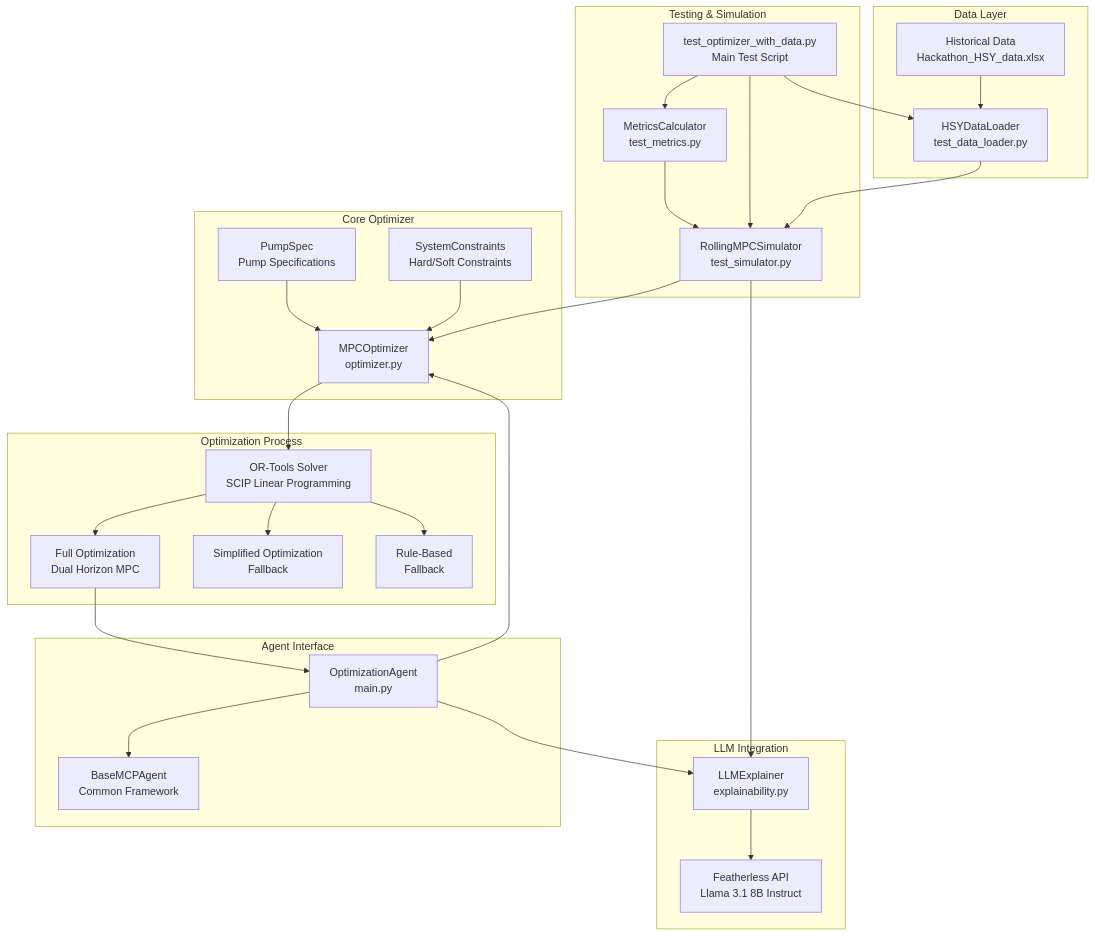
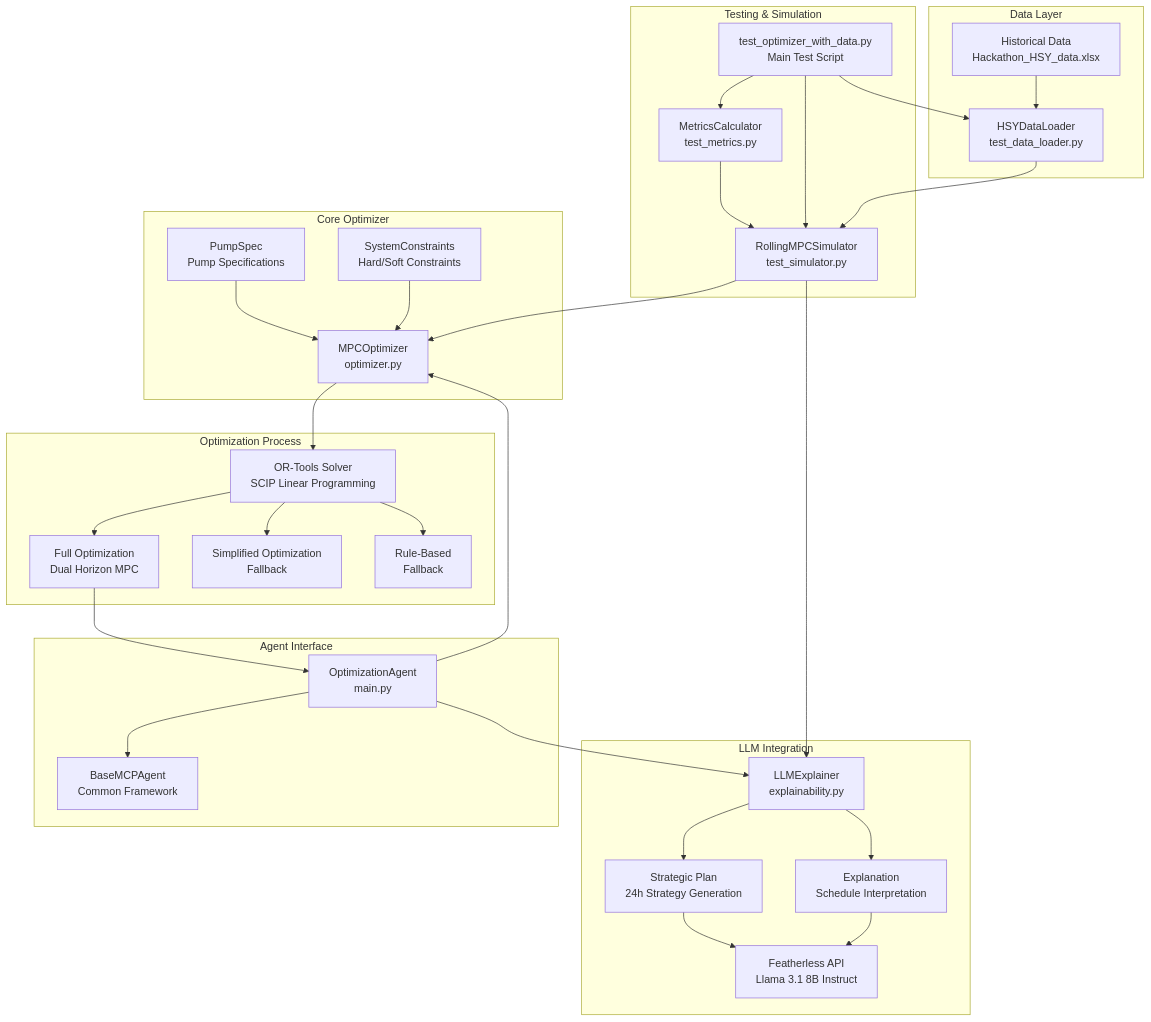
One commit to alexha11/Junction-2025 changed the first of 9 diagrams in agents/optimizer_agent/ARCHITECTURE.md. Above: the diagram before and after it, drawn with Mermaid. The commit also changed other lines of this file and 7 other files, not shown here.

````diff
--- a/agents/optimizer_agent/ARCHITECTURE.md
+++ b/agents/optimizer_agent/ARCHITECTURE.md
@@ -5,56 +5,61 @@
 ```mermaid
 graph TB
     subgraph "Data Layer"
         DATA[Historical Data<br/>Hackathon_HSY_data.xlsx]
         LOADER[HSYDataLoader<br/>test_data_loader.py]
         DATA --> LOADER
     end
 
     subgraph "Core Optimizer"
         OPT[MPCOptimizer<br/>optimizer.py]
         PUMP[PumpSpec<br/>Pump Specifications]
         CONST[SystemConstraints<br/>Hard/Soft Constraints]
         PUMP --> OPT
         CONST --> OPT
     end
 
     subgraph "Optimization Process"
         SOLVER[OR-Tools Solver<br/>SCIP Linear Programming]
         FULL[Full Optimization<br/>Dual Horizon MPC]
         SIMPLE[Simplified Optimization<br/>Fallback]
         RULE[Rule-Based<br/>Fallback]
         OPT --> SOLVER
         SOLVER --> FULL
         SOLVER --> SIMPLE
         SOLVER --> RULE
     end
 
     subgraph "LLM Integration"
         EXPLAINER[LLMExplainer<br/>explainability.py]
         FEATHERLESS[Featherless API<br/>Llama 3.1 8B Instruct]
-        EXPLAINER --> FEATHERLESS
+        STRATPLAN[Strategic Plan<br/>24h Strategy Generation]
+        EXPLANATION[Explanation<br/>Schedule Interpretation]
+        EXPLAINER --> STRATPLAN
+        EXPLAINER --> EXPLANATION
+        STRATPLAN --> FEATHERLESS
+        EXPLANATION --> FEATHERLESS
     end
 
     subgraph "Agent Interface"
         AGENT[OptimizationAgent<br/>main.py]
         MCP[BaseMCPAgent<br/>Common Framework]
         AGENT --> MCP
         AGENT --> OPT
         AGENT --> EXPLAINER
     end
 
     subgraph "Testing & Simulation"
         SIM[RollingMPCSimulator<br/>test_simulator.py]
         METRICS[MetricsCalculator<br/>test_metrics.py]
         TEST[test_optimizer_with_data.py<br/>Main Test Script]
         SIM --> OPT
         SIM --> EXPLAINER
         METRICS --> SIM
         TEST --> SIM
         TEST --> METRICS
         TEST --> LOADER
     end
 
     LOADER --> SIM
     FULL --> AGENT
 ```
````
